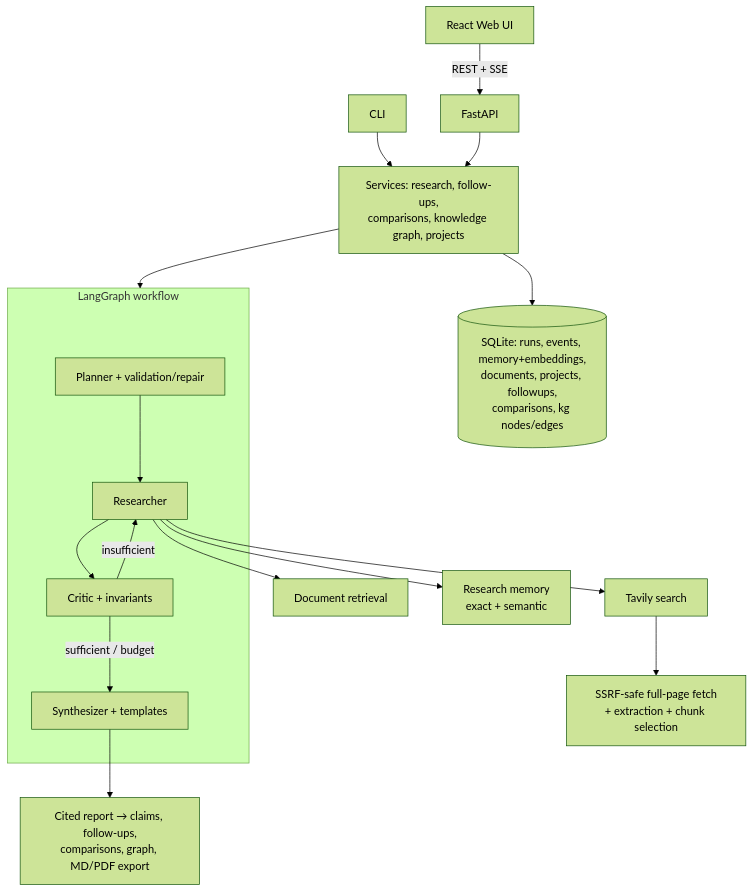
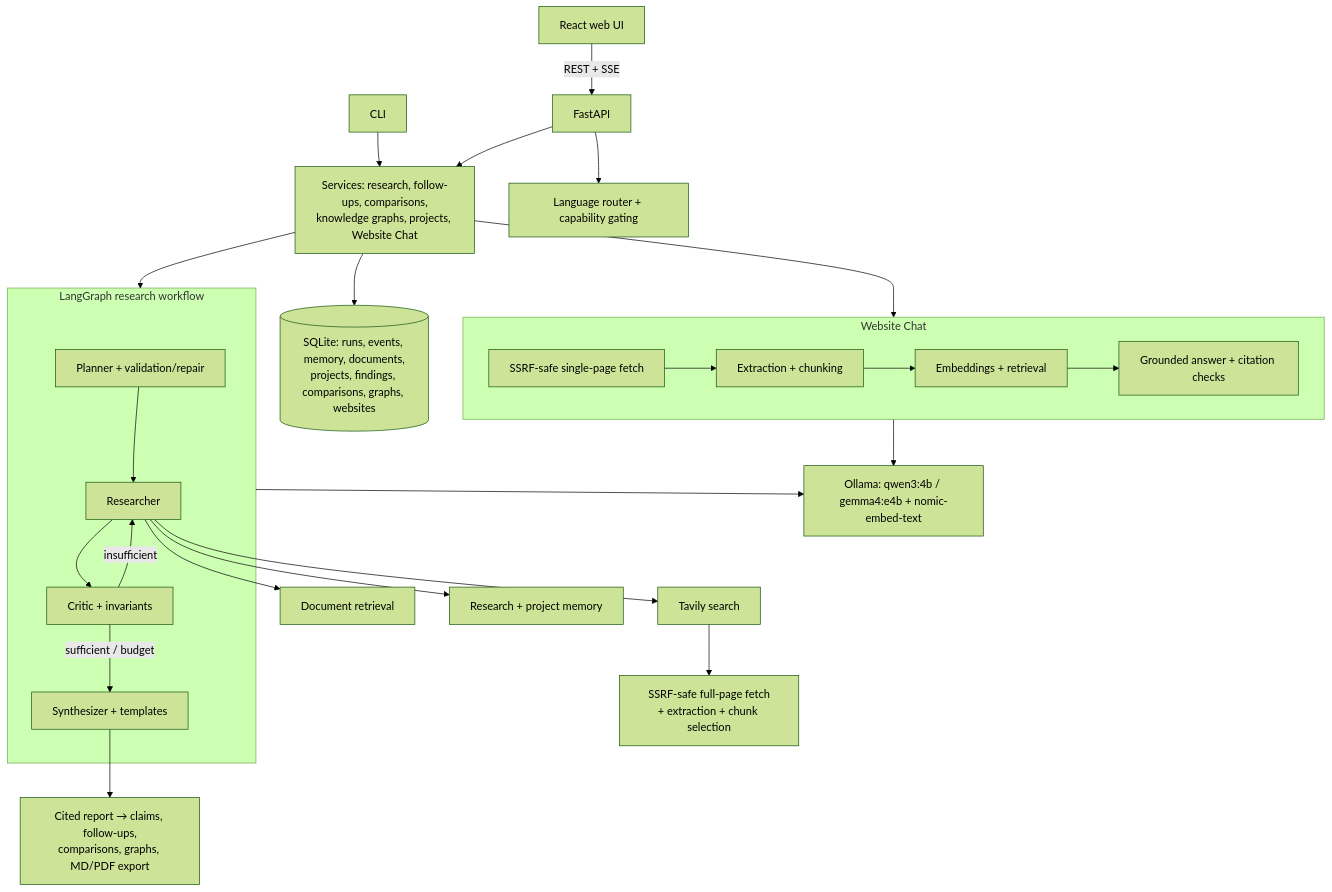
Before and after one commit to TechieTojin/Atlas-AI: the diagram in README.md, drawn with Mermaid (forest theme). The commit also changed other lines of this file and 5 other files, not shown here.

````diff
--- a/README.md
+++ b/README.md
@@ -31,21 +85,31 @@
 ```mermaid
 flowchart TD
-    UI[React Web UI] -->|REST + SSE| API[FastAPI]
+    UI[React web UI] -->|REST + SSE| API[FastAPI]
     CLI[CLI] --> SVC
-    API --> SVC[Services: research, follow-ups,\ncomparisons, knowledge graph, projects]
-    SVC --> DB[(SQLite: runs, events, memory+embeddings,\ndocuments, projects, followups,\ncomparisons, kg nodes/edges)]
+    API --> SVC[Services: research, follow-ups, comparisons,<br/>knowledge graphs, projects, Website Chat]
+    API --> LR[Language router + capability gating]
+    SVC --> DB[(SQLite: runs, events, memory, documents,<br/>projects, findings, comparisons, graphs, websites)]
     SVC --> G
+    SVC --> WC
 
-    subgraph G[LangGraph workflow]
+    subgraph G[LangGraph research workflow]
         P[Planner + validation/repair] --> R[Researcher]
         R --> C[Critic + invariants]
         C -->|insufficient| R
         C -->|sufficient / budget| S[Synthesizer + templates]
     end
 
+    subgraph WC[Website Chat]
+        F[SSRF-safe single-page fetch] --> X[Extraction + chunking]
+        X --> E[Embeddings + retrieval]
+        E --> A[Grounded answer + citation checks]
+    end
+
     R --> W[Tavily search]
-    W --> FP[SSRF-safe full-page fetch\n+ extraction + chunk selection]
+    W --> FP[SSRF-safe full-page fetch<br/>+ extraction + chunk selection]
     R --> RAG[Document retrieval]
-    R --> M[Research memory\nexact + semantic]
-    S --> REP[Cited report → claims, follow-ups,\ncomparisons, graph, MD/PDF export]
+    R --> M[Research + project memory]
+    S --> REP[Cited report → claims, follow-ups,<br/>comparisons, graphs, MD/PDF export]
+    G --> OL[Ollama: qwen3:4b / gemma4:e4b + nomic-embed-text]
+    WC --> OL
 ```
````
